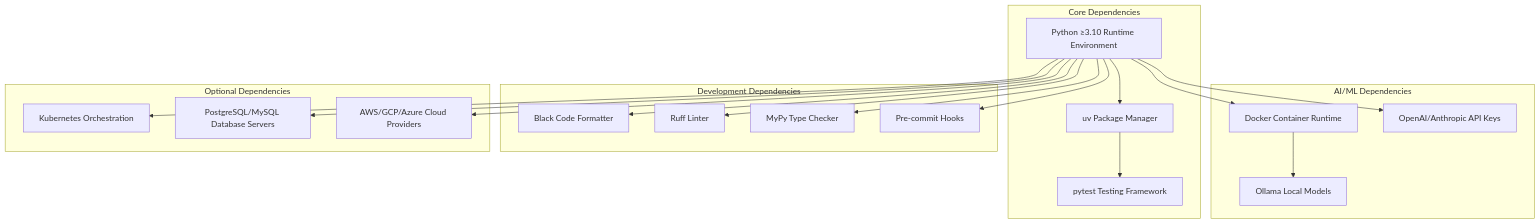
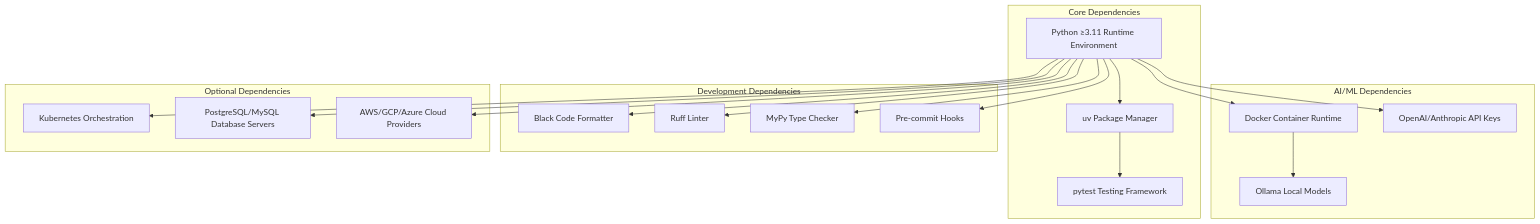
Before and after one commit to docxology/codomyrmex: the second of 3 diagrams in docs/modules/module-reference.md, drawn with Mermaid. The commit also changed other lines of this file and 2306 other files, not shown here.

````diff
--- a/docs/modules/module-reference.md
+++ b/docs/modules/module-reference.md
@@ -317,42 +317,42 @@
 ```mermaid
 graph TD
     subgraph coreDeps ["Core Dependencies"]
-        CorePy["Python ≥3.10 Runtime Environment"]
+        CorePy["Python ≥3.11 Runtime Environment"]
         CoreUV["uv Package Manager"]
         CorePyTest["pytest Testing Framework"]
     end
 
     subgraph aiMLDeps ["AI/ML Dependencies"]
         AIDocker["Docker Container Runtime"]
         AIModels["Ollama Local Models"]
         AIAPI["OpenAI/Anthropic API Keys"]
     end
 
     subgraph devDeps ["Development Dependencies"]
         DevBlack["Black Code Formatter"]
         DevRuff["Ruff Linter"]
         DevMyPy["MyPy Type Checker"]
         DevPreCommit["Pre-commit Hooks"]
     end
 
     subgraph optDeps ["Optional Dependencies"]
         OptKubernetes["Kubernetes Orchestration"]
         OptDatabases["PostgreSQL/MySQL Database Servers"]
         OptCloud["AWS/GCP/Azure Cloud Providers"]
     end
 
     CorePy --> CoreUV
     CoreUV --> CorePyTest
     CorePy --> DevBlack
     CorePy --> DevRuff
     CorePy --> DevMyPy
     CorePy --> DevPreCommit
 
     CorePy --> AIDocker
     AIDocker --> AIModels
     CorePy --> AIAPI
 
     CorePy --> OptKubernetes
     CorePy --> OptDatabases
     CorePy --> OptCloud
 ```
````
